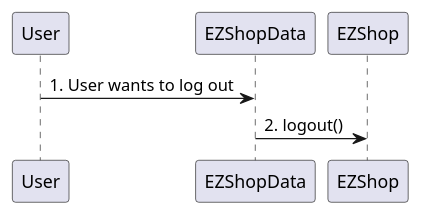
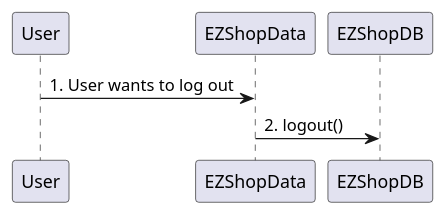
One commit to djemar/softeng_ezshop changed diagram 16 of 31 in Deliverables/DesignDocument.md. Above: the diagram before and after it, drawn with PlantUML. The commit also changed other lines of this file, not shown here.

Commit message:
modified Verification sequence diagrams

````diff
--- a/Deliverables/DesignDocument.md
+++ b/Deliverables/DesignDocument.md
@@ -389,5 +391,5 @@
 ```plantuml
 "User" -> "EZShopData" : 1. User wants to log out
-"EZShopData" -> "EZShop" : 2. logout()
+"EZShopData" -> "EZShopDB" : 2. logout()
 
 ```
````
